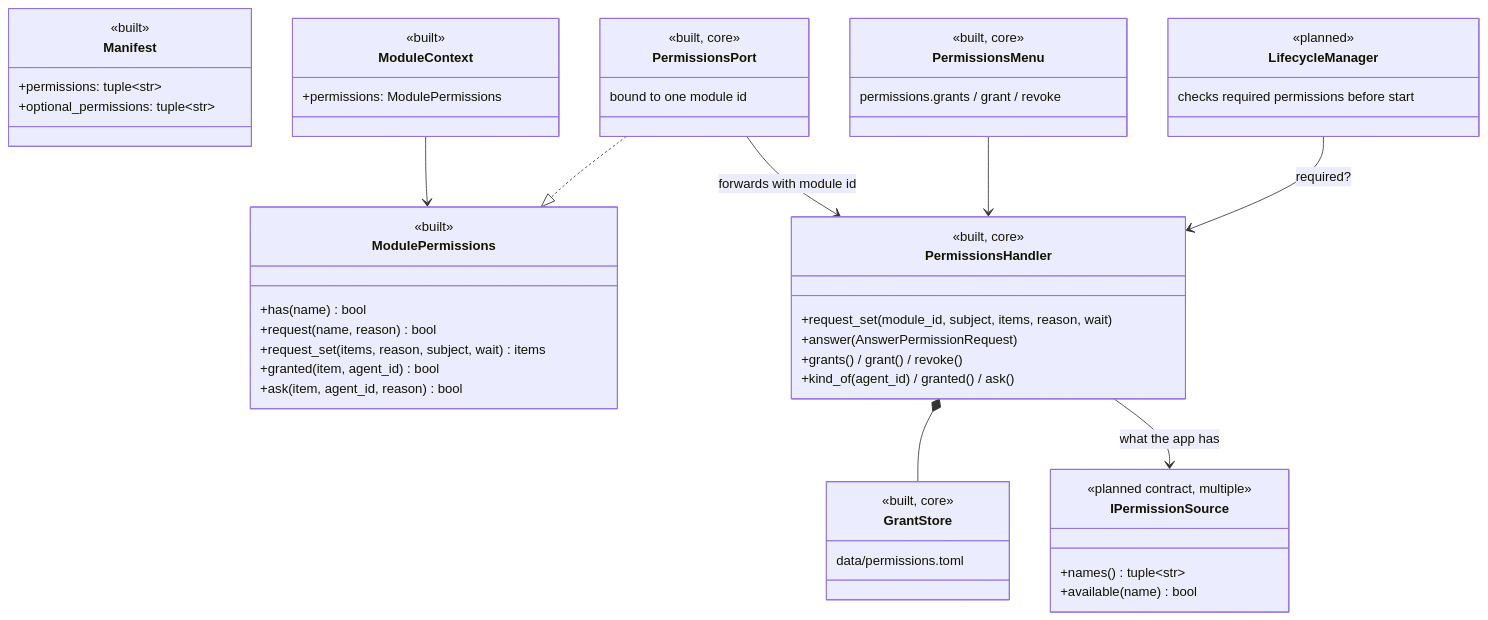
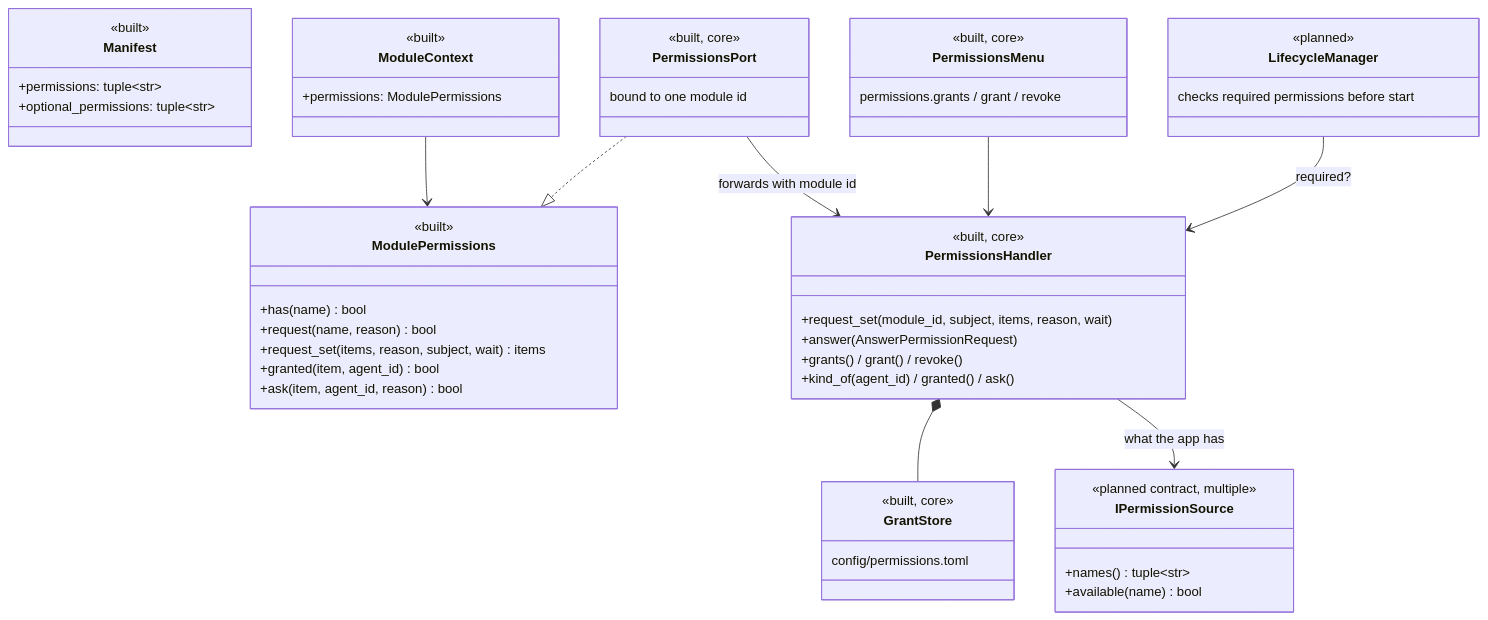
One commit to sharramon/AI_Assistant changed the second of 4 diagrams in docs/architecture/permissions.md. Above: the diagram before and after it, drawn with Mermaid. The commit also changed other lines of this file and 21 other files, not shown here.

Commit message:
Module folders item 13: saved grants in config/permissions.toml (gitignored), with a one-time copy from data/permissions.toml that never deletes the old file; tests; docs

````diff
--- a/docs/architecture/permissions.md
+++ b/docs/architecture/permissions.md
@@ -173,55 +173,55 @@
 ```mermaid
 classDiagram
     class Manifest {
         <<built>>
         +permissions: tuple~str~
         +optional_permissions: tuple~str~
     }
     class ModuleContext {
         <<built>>
         +permissions: ModulePermissions
     }
     class ModulePermissions {
         <<built>>
         +has(name) bool
         +request(name, reason) bool
         +request_set(items, reason, subject, wait) items
         +granted(item, agent_id) bool
         +ask(item, agent_id, reason) bool
     }
     class PermissionsPort {
         <<built, core>>
         bound to one module id
     }
     class PermissionsHandler {
         <<built, core>>
         +request_set(module_id, subject, items, reason, wait)
         +answer(AnswerPermissionRequest)
         +grants() / grant() / revoke()
         +kind_of(agent_id) / granted() / ask()
     }
     class GrantStore {
         <<built, core>>
-        data/permissions.toml
+        config/permissions.toml
     }
     class PermissionsMenu {
         <<built, core>>
         permissions.grants / grant / revoke
     }
     class LifecycleManager {
         <<planned>>
         checks required permissions before start
     }
     class IPermissionSource {
         <<planned contract, multiple>>
         +names() tuple~str~
         +available(name) bool
     }
     ModuleContext --> ModulePermissions
     PermissionsPort ..|> ModulePermissions
     PermissionsPort --> PermissionsHandler : forwards with module id
     PermissionsHandler *-- GrantStore
     PermissionsMenu --> PermissionsHandler
     LifecycleManager --> PermissionsHandler : required?
     PermissionsHandler --> IPermissionSource : what the app has
 ```
````
